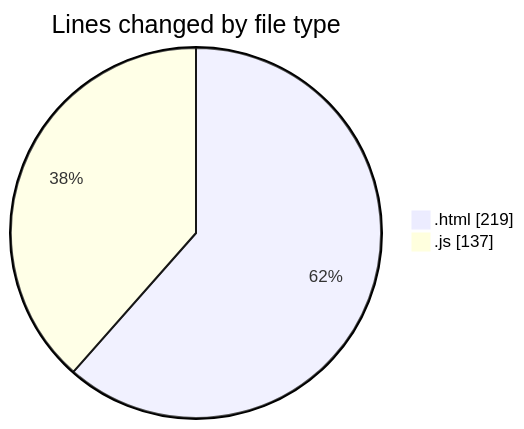
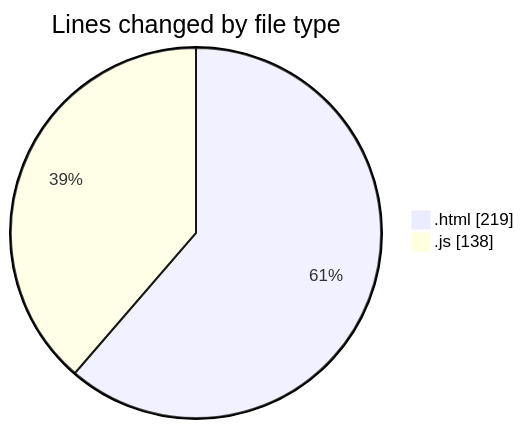
The first of 2 diagrams in 2025-10-25/javacript/README.md (nxtqubesakshisongat/code-tracking), drawn with Mermaid before and after one commit. The commit also changed other lines of this file and 1 other file, not shown here.

````diff
--- a/2025-10-25/javacript/README.md
+++ b/2025-10-25/javacript/README.md
@@ -23,6 +23,6 @@
 ```mermaid
 pie showData
 title Lines changed by file type
 ".html" : 219
-".js" : 137
+".js" : 138
 ```
````
